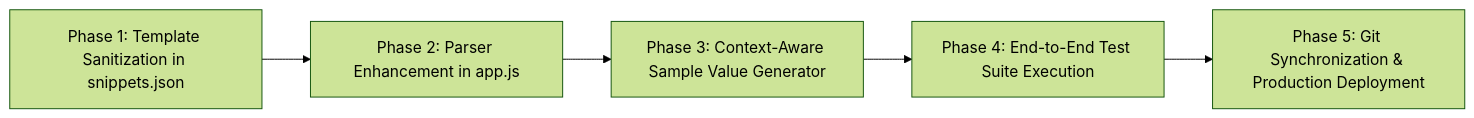
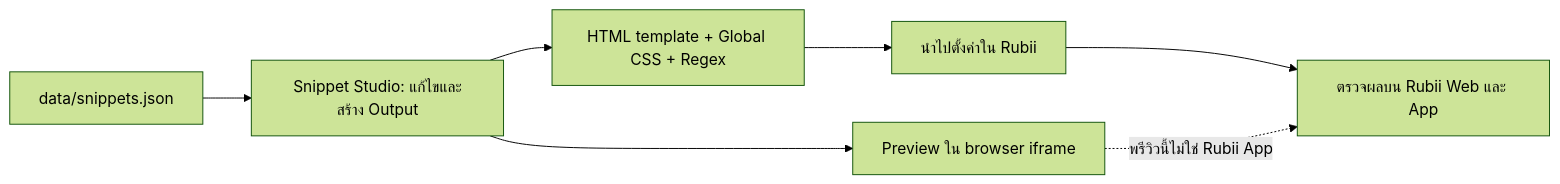
The first of 2 diagrams in RUBII_BACKGROUND_AND_BARS_ANALYSIS.md (jadesolju/Snippet-Studio), drawn with Mermaid (forest theme) before and after one commit. The commit also changed other lines of this file and 8 other files, not shown here.

````diff
--- a/RUBII_BACKGROUND_AND_BARS_ANALYSIS.md
+++ b/RUBII_BACKGROUND_AND_BARS_ANALYSIS.md
@@ -243,7 +16,9 @@
 ```mermaid
 flowchart LR
-    A["Phase 1: Template Sanitization in snippets.json"] --> B["Phase 2: Parser Enhancement in app.js"]
-    B --> C["Phase 3: Context-Aware Sample Value Generator"]
-    C --> D["Phase 4: End-to-End Test Suite Execution"]
-    D --> E["Phase 5: Git Synchronization & Production Deployment"]
+    A["data/snippets.json"] --> B["Snippet Studio: แก้ไขและสร้าง Output"]
+    B --> C["HTML template + Global CSS + Regex"]
+    B --> D["Preview ใน browser iframe"]
+    C --> E["นำไปตั้งค่าใน Rubii"]
+    E --> F["ตรวจผลบน Rubii Web และ App"]
+    D -. "พรีวิวนี้ไม่ใช่ Rubii App" .-> F
 ```
````
